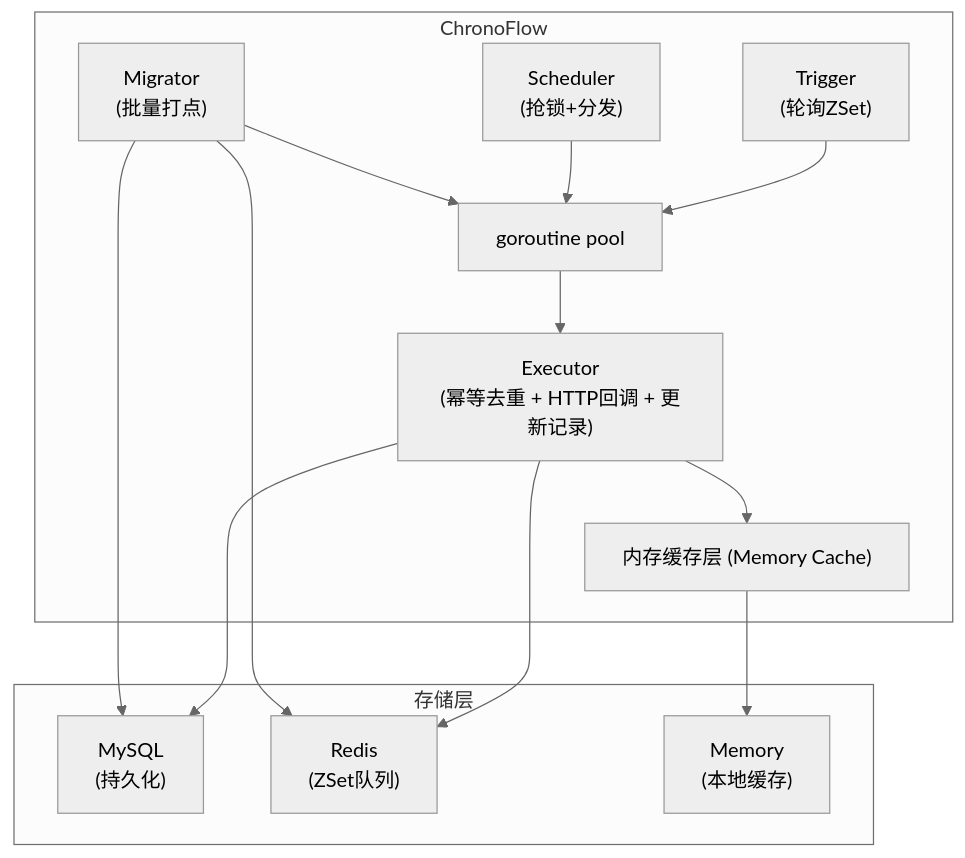
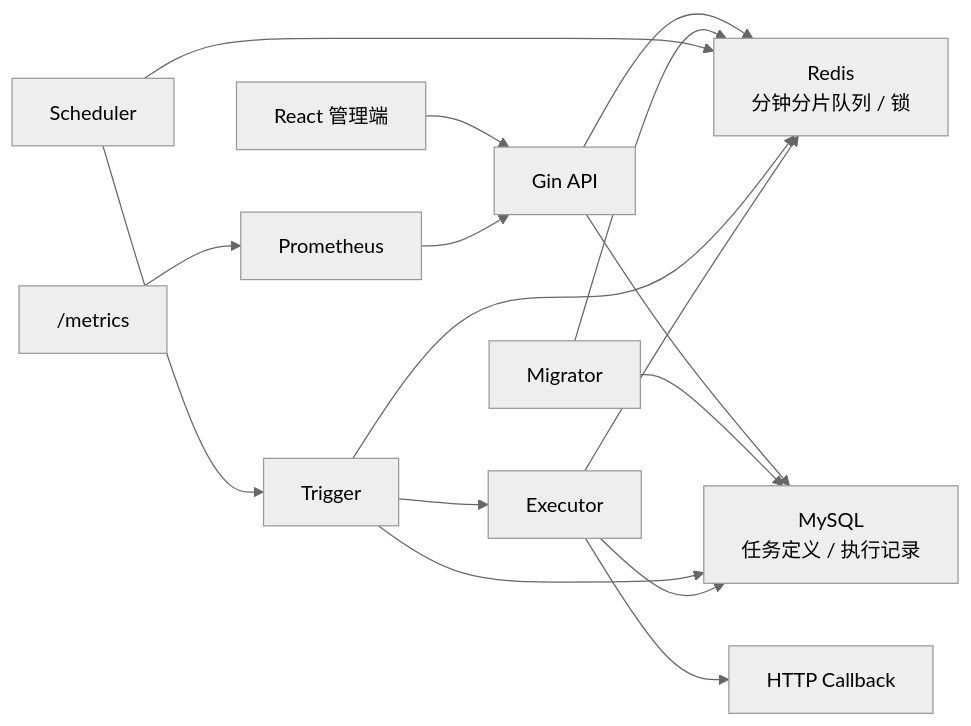
One commit to Pavio6/ChronoFlow changed the diagram in README.md. Above: the diagram before and after it, drawn with Mermaid (neutral theme). The commit also changed other lines of this file, not shown here.

````diff
--- a/README.md
+++ b/README.md
@@ -36,29 +32,18 @@
 ```mermaid
-graph TB
-    subgraph ChronoFlow
-        Migrator["Migrator<br/>(批量打点)"]
-        Scheduler["Scheduler<br/>(抢锁+分发)"]
-        Trigger["Trigger<br/>(轮询ZSet)"]
-        Pool["goroutine pool"]
-        Executor["Executor<br/>(幂等去重 + HTTP回调 + 更新记录)"]
-        Cache["内存缓存层 (Memory Cache)"]
-        
-        Migrator --> Pool
-        Scheduler --> Pool
-        Trigger --> Pool
-        Pool --> Executor
-        Executor --> Cache
-    end
-    
-    subgraph 存储层
-        MySQL["MySQL<br/>(持久化)"]
-        Redis["Redis<br/>(ZSet队列)"]
-        Memory["Memory<br/>(本地缓存)"]
-    end
-    
-    Migrator --> MySQL
+flowchart LR
+    UI["React 管理端"] --> API["Gin API"]
+    API --> MySQL["MySQL<br/>任务定义 / 执行记录"]
+    API --> Redis["Redis<br/>分钟分片队列 / 锁"]
+    Migrator["Migrator"] --> MySQL
     Migrator --> Redis
+    Scheduler["Scheduler"] --> Redis
+    Scheduler --> Trigger["Trigger"]
+    Trigger --> Redis
+    Trigger --> MySQL
+    Trigger --> Executor["Executor"]
+    Executor --> Callback["HTTP Callback"]
     Executor --> MySQL
     Executor --> Redis
-    Cache --> Memory
+    Metrics["/metrics"] --> Prometheus["Prometheus"]
+    Prometheus --> API
 ```
````
